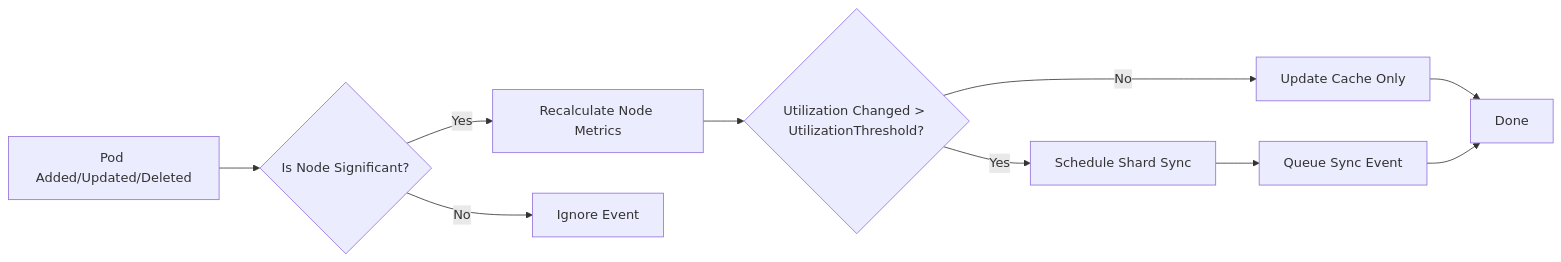
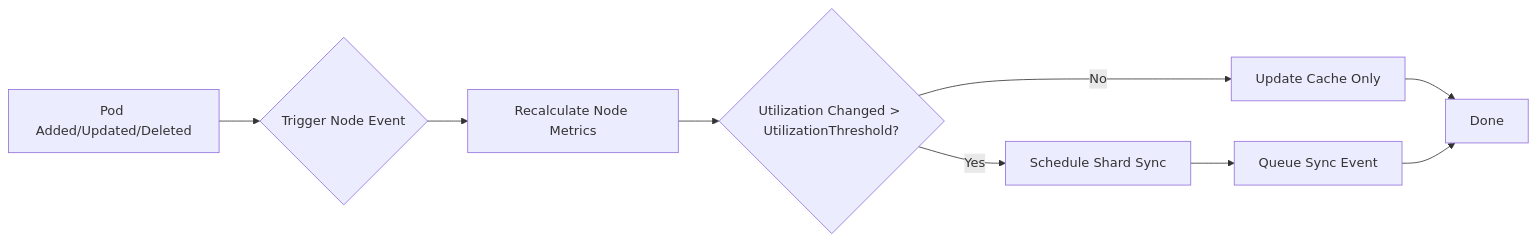
One commit to volcano-sh/volcano changed the diagram in docs/design/sharding_controller.md. Above: the diagram before and after it, drawn with Mermaid. The commit also changed other lines of this file and 2 other files, not shown here.

````diff
--- a/docs/design/sharding_controller.md
+++ b/docs/design/sharding_controller.md
@@ -79,12 +79,11 @@
 ```mermaid
 graph LR
-    A[Pod Added/Updated/Deleted] --> B{Is Node Significant?}
-    B -->|Yes| C[Recalculate Node Metrics]
-    B -->|No| D[Ignore Event]
+    A[Pod Added/Updated/Deleted] --> B{Trigger Node Event}
+    B -->C[Recalculate Node Metrics]
     C --> E{Utilization Changed > UtilizationThreshold?}
     E -->|Yes| F[Schedule Shard Sync]
     E -->|No| G[Update Cache Only]
     F --> H[Queue Sync Event]
     G --> I[Done]
     H --> I
 ```
````
